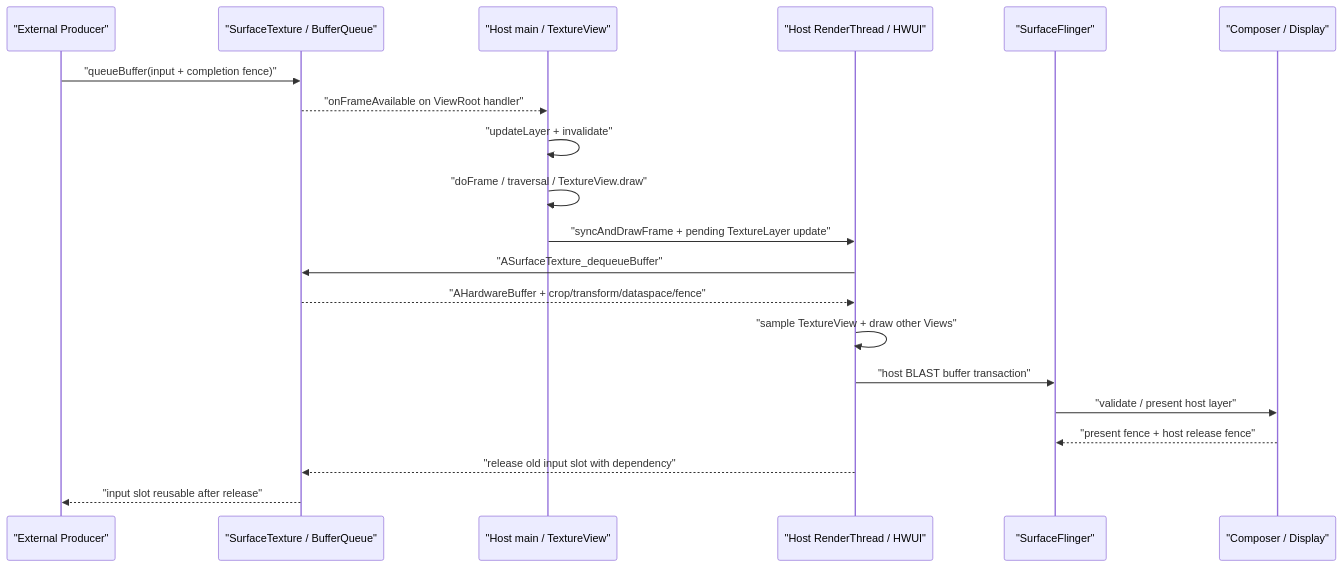
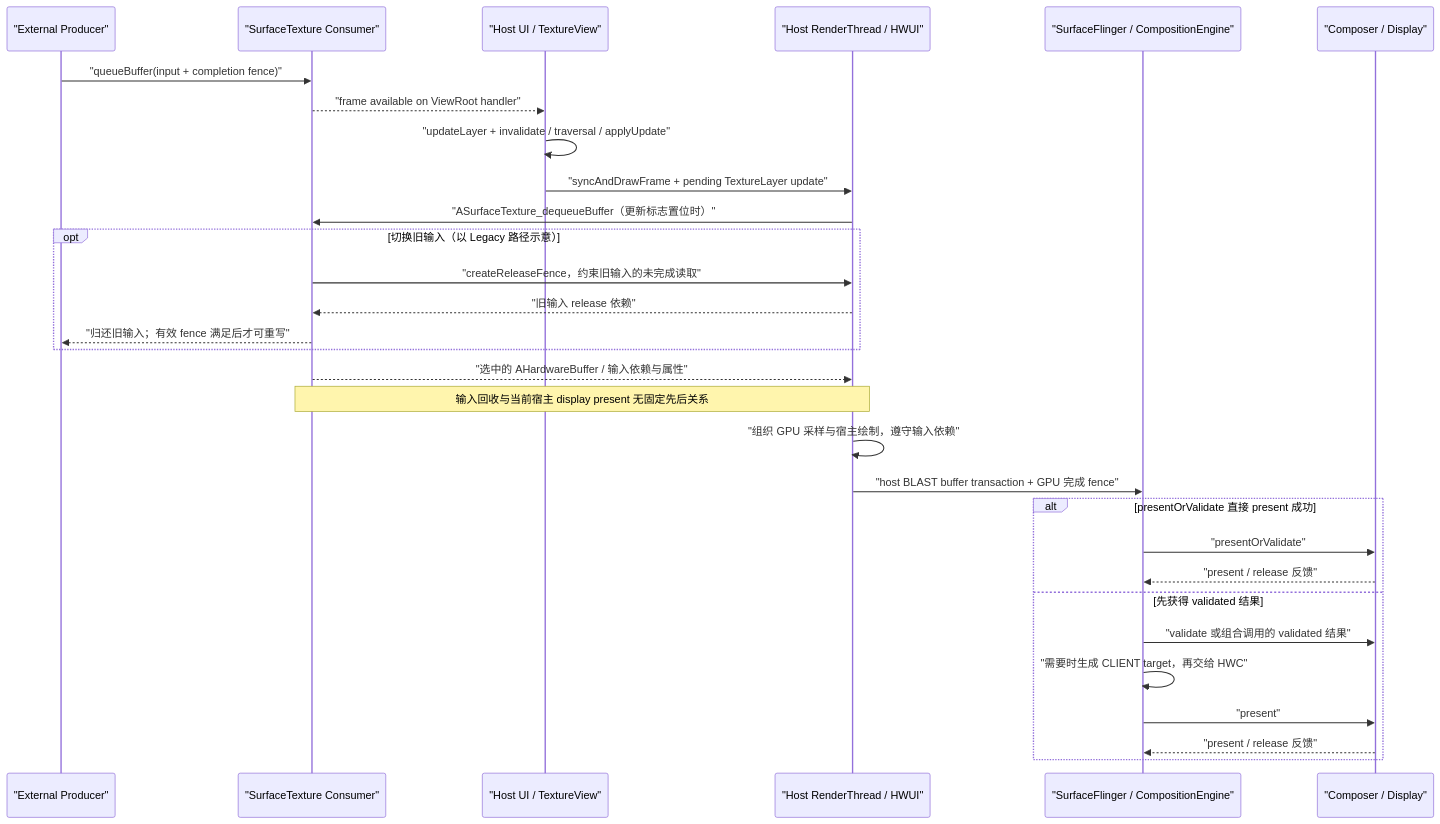
The second of 2 diagrams in src/part2-performance/ch13-rendering-pipelines/03-surfaceview-textureview-pipelines.md (Gracker/android-internals-wiki), drawn with Mermaid before and after one commit. The commit also changed other lines of this file and 196 other files, not shown here.

````diff
--- a/src/part2-performance/ch13-rendering-pipelines/03-surfaceview-textureview-pipelines.md
+++ b/src/part2-performance/ch13-rendering-pipelines/03-surfaceview-textureview-pipelines.md
@@ -811,23 +855,33 @@
 ```mermaid
 sequenceDiagram
     participant P as "External Producer"
-    participant ST as "SurfaceTexture / BufferQueue"
-    participant UI as "Host main / TextureView"
+    participant ST as "SurfaceTexture Consumer"
+    participant UI as "Host UI / TextureView"
     participant RT as "Host RenderThread / HWUI"
-    participant SF as "SurfaceFlinger"
+    participant SF as "SurfaceFlinger / CompositionEngine"
     participant HWC as "Composer / Display"
 
     P->>ST: "queueBuffer(input + completion fence)"
-    ST-->>UI: "onFrameAvailable on ViewRoot handler"
-    UI->>UI: "updateLayer + invalidate"
-    UI->>UI: "doFrame / traversal / TextureView.draw"
+    ST-->>UI: "frame available on ViewRoot handler"
+    UI->>UI: "updateLayer + invalidate / traversal / applyUpdate"
     UI->>RT: "syncAndDrawFrame + pending TextureLayer update"
-    RT->>ST: "ASurfaceTexture_dequeueBuffer"
-    ST-->>RT: "AHardwareBuffer + crop/transform/dataspace/fence"
-    RT->>RT: "sample TextureView + draw other Views"
-    RT->>SF: "host BLAST buffer transaction"
-    SF->>HWC: "validate / present host layer"
-    HWC-->>SF: "present fence + host release fence"
-    RT-->>ST: "release old input slot with dependency"
-    ST-->>P: "input slot reusable after release"
+    RT->>ST: "ASurfaceTexture_dequeueBuffer（更新标志置位时）"
+    opt 切换旧输入（以 Legacy 路径示意）
+        ST->>RT: "createReleaseFence，约束旧输入的未完成读取"
+        RT-->>ST: "旧输入 release 依赖"
+        ST-->>P: "归还旧输入；有效 fence 满足后才可重写"
+    end
+    ST-->>RT: "选中的 AHardwareBuffer / 输入依赖与属性"
+    Note over ST,RT: 输入回收与当前宿主 display present 无固定先后关系
+    RT->>RT: "组织 GPU 采样与宿主绘制，遵守输入依赖"
+    RT->>SF: "host BLAST buffer transaction + GPU 完成 fence"
+    alt presentOrValidate 直接 present 成功
+        SF->>HWC: "presentOrValidate"
+        HWC-->>SF: "present / release 反馈"
+    else 先获得 validated 结果
+        SF->>HWC: "validate 或组合调用的 validated 结果"
+        SF->>SF: "需要时生成 CLIENT target，再交给 HWC"
+        SF->>HWC: "present"
+        HWC-->>SF: "present / release 反馈"
+    end
 ```
````
